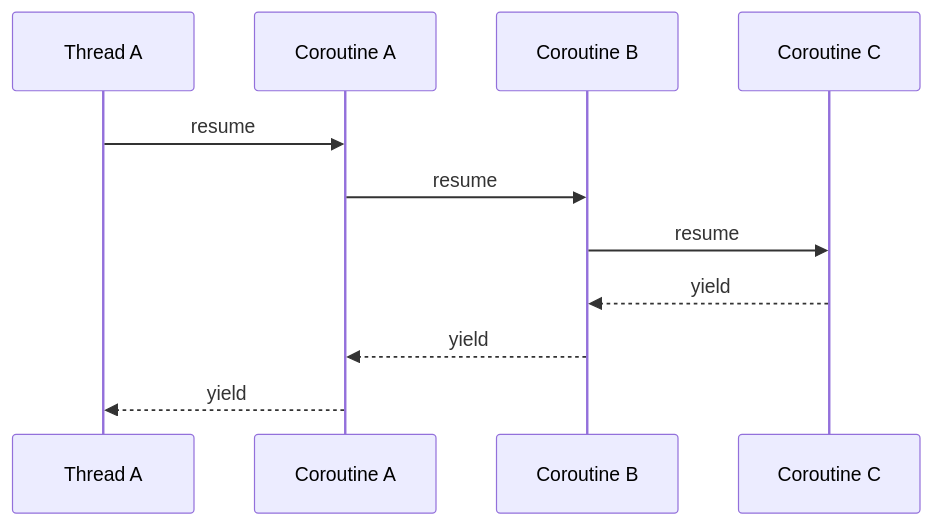
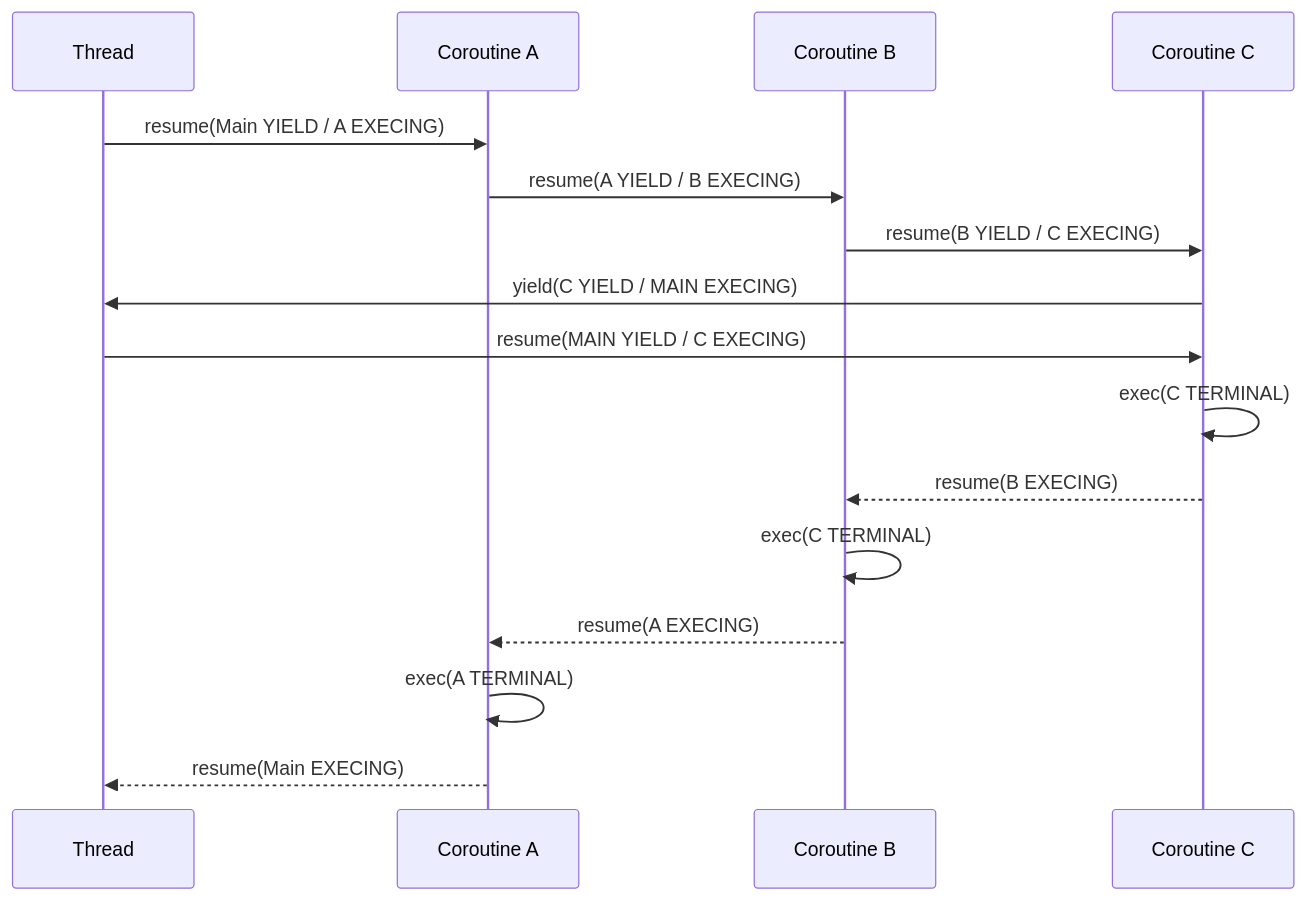
Before and after one commit to huxiaohei/tigerkin: the diagram in README.md, drawn with Mermaid. The commit also changed other lines of this file, not shown here.

````diff
--- a/README.md
+++ b/README.md
@@ -135,9 +164,14 @@
 ```mermaid
 sequenceDiagram
-Thread A ->> Coroutine A: resume
-Coroutine A ->> Coroutine B: resume
-Coroutine B ->> Coroutine C: resume
-Coroutine C -->> Coroutine B: yield
-Coroutine B -->> Coroutine A: yield
-Coroutine A -->> Thread A: yield
+Thread ->> Coroutine A: resume(Main YIELD / A EXECING)
+Coroutine A ->> Coroutine B: resume(A YIELD / B EXECING)
+Coroutine B ->> Coroutine C: resume(B YIELD / C EXECING)
+Coroutine C ->> Thread: yield(C YIELD / MAIN EXECING)
+Thread ->> Coroutine C: resume(MAIN YIELD / C EXECING)
+Coroutine C ->> Coroutine C: exec(C TERMINAL)
+Coroutine C -->> Coroutine B: resume(B EXECING)
+Coroutine B ->> Coroutine B: exec(C TERMINAL)
+Coroutine B -->> Coroutine A: resume(A EXECING)
+Coroutine A ->> Coroutine A: exec(A TERMINAL)
+Coroutine A -->> Thread: resume(Main EXECING)
 ```
````
